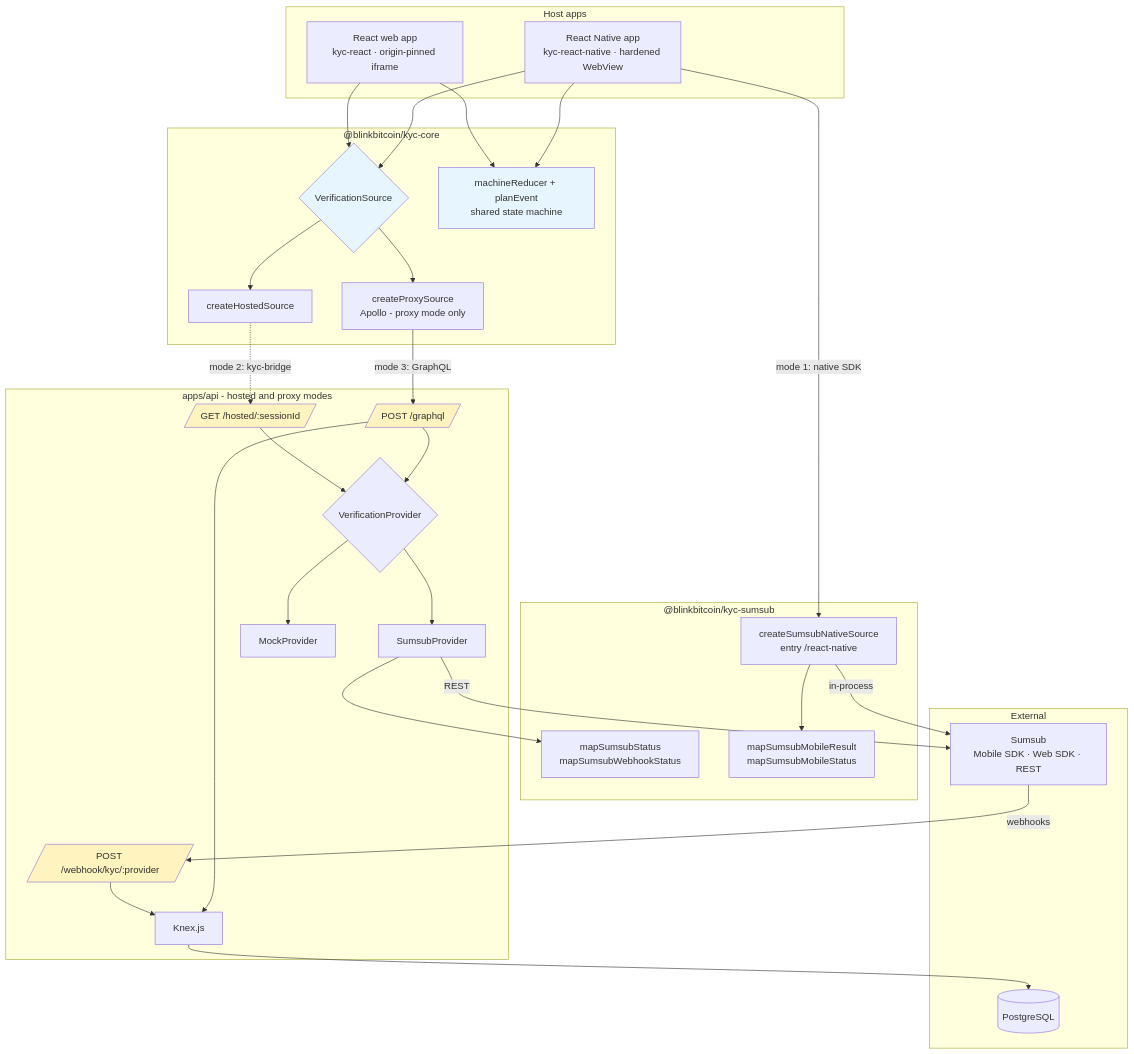
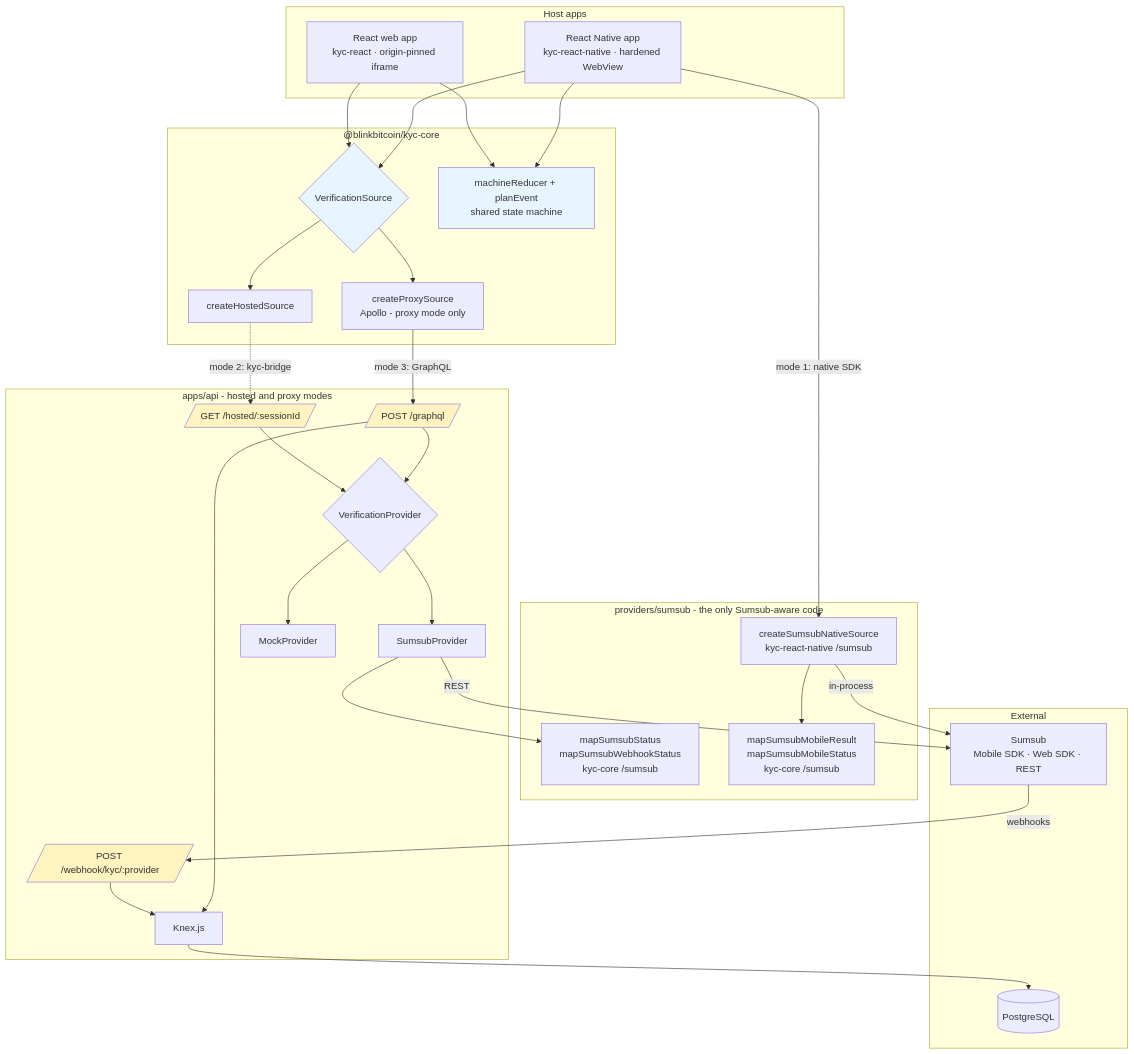
Before and after one commit to blinkbitcoin/kyc: the diagram in docs/diagrams/src/system-architecture.mmd, drawn with Mermaid. The commit also changed 86 other files, not shown here.

First line of the commit message:
refactor: fold the Sumsub adapter into providers/sumsub/ in every package

```diff
--- a/docs/diagrams/src/system-architecture.mmd
+++ b/docs/diagrams/src/system-architecture.mmd
@@ -1,59 +1,59 @@
 flowchart TB
     subgraph Hosts["Host apps"]
         RN[React Native app<br/>kyc-react-native · hardened WebView]
         WEB[React web app<br/>kyc-react · origin-pinned iframe]
     end
 
     subgraph Core["@blinkbitcoin/kyc-core"]
         SRC{VerificationSource}
         MACHINE[machineReducer + planEvent<br/>shared state machine]
         HOSTED[createHostedSource]
         PROXY[createProxySource<br/>Apollo - proxy mode only]
     end
 
-    subgraph Sumsub["@blinkbitcoin/kyc-sumsub"]
-        MAP[mapSumsubStatus<br/>mapSumsubWebhookStatus]
-        NATIVEMAP[mapSumsubMobileResult<br/>mapSumsubMobileStatus]
-        NATIVE[createSumsubNativeSource<br/>entry /react-native]
+    subgraph Sumsub["providers/sumsub - the only Sumsub-aware code"]
+        MAP[mapSumsubStatus<br/>mapSumsubWebhookStatus<br/>kyc-core /sumsub]
+        NATIVEMAP[mapSumsubMobileResult<br/>mapSumsubMobileStatus<br/>kyc-core /sumsub]
+        NATIVE[createSumsubNativeSource<br/>kyc-react-native /sumsub]
     end
 
     subgraph Backend["apps/api - hosted and proxy modes"]
         GQL[/"POST /graphql"/]
         PAGE[/"GET /hosted/:sessionId"/]
         WH[/"POST /webhook/kyc/:provider"/]
         PROV{VerificationProvider}
         SUMP[SumsubProvider]
         MOCK[MockProvider]
         KNEX[Knex.js]
     end
 
     subgraph External["External"]
         SDK[Sumsub<br/>Mobile SDK · Web SDK · REST]
         DB[(PostgreSQL)]
     end
 
     RN --> SRC
     WEB --> SRC
     RN --> MACHINE
     WEB --> MACHINE
     SRC --> HOSTED & PROXY
     RN -- "mode 1: native SDK" --> NATIVE
     NATIVE --> NATIVEMAP
     NATIVE -- "in-process" --> SDK
     HOSTED -. "mode 2: kyc-bridge" .-> PAGE
     PROXY -- "mode 3: GraphQL" --> GQL
     GQL --> PROV
     PAGE --> PROV
     PROV --> SUMP & MOCK
     SUMP --> MAP
     SUMP -- "REST" --> SDK
     SDK -- "webhooks" --> WH
     GQL --> KNEX
     WH --> KNEX
     KNEX --> DB
 
     style SRC fill:#e7f5ff
     style MACHINE fill:#e7f5ff
     style GQL fill:#fff3bf
     style PAGE fill:#fff3bf
     style WH fill:#fff3bf
```
